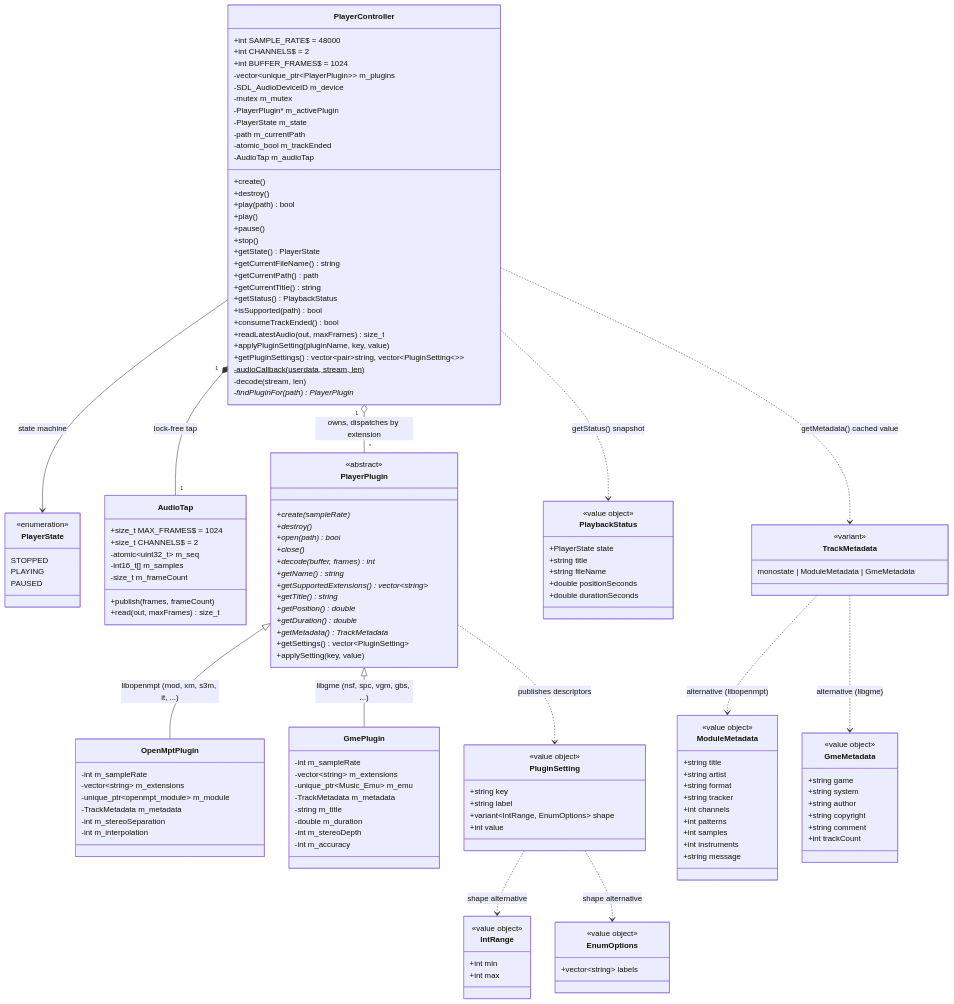
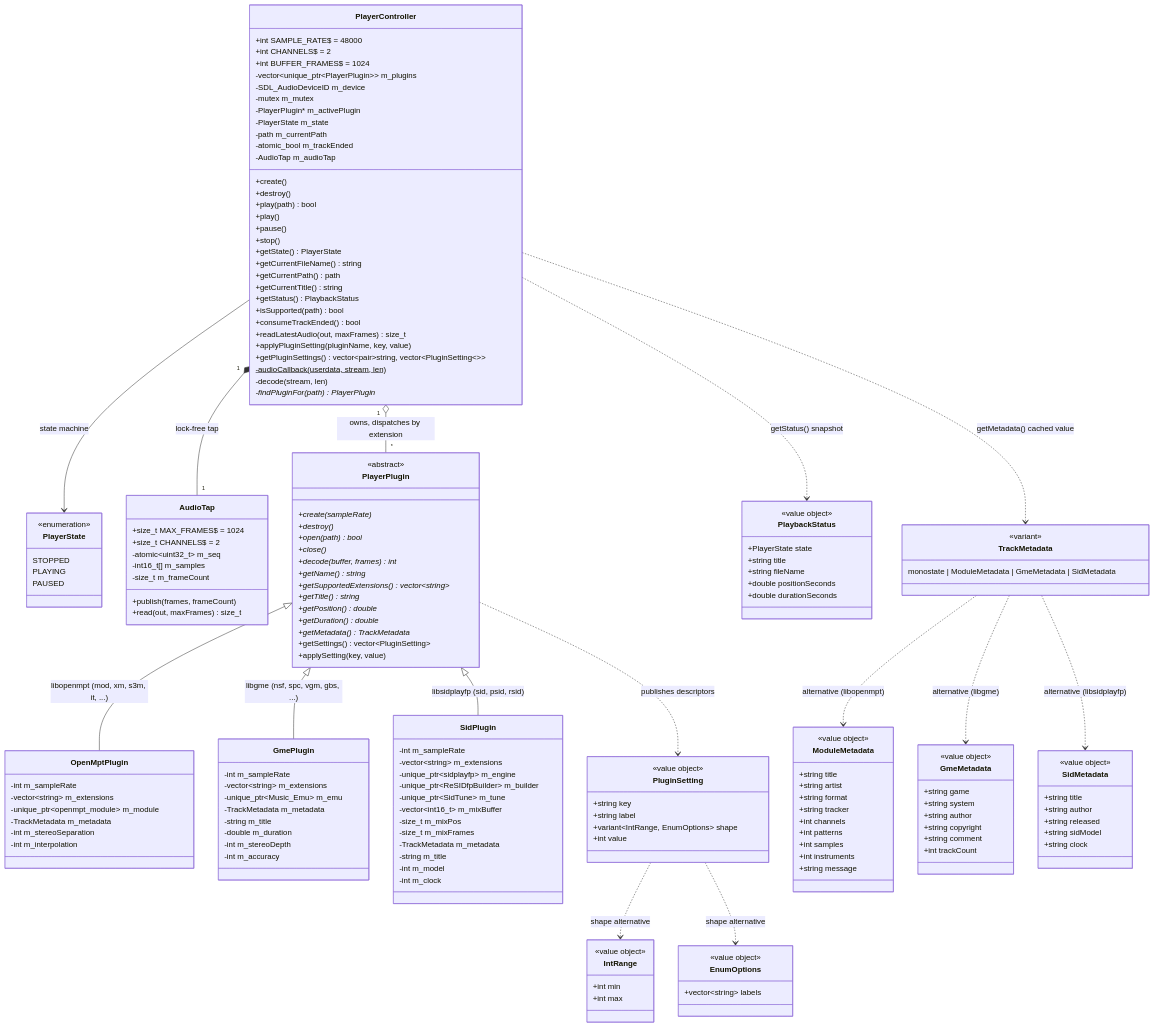
The diagram in docs/audio.md (notnotme/osp2), drawn with Mermaid before and after one commit. The commit also changed other lines of this file and 12 other files, not shown here.

```diff
--- a/docs/audio.md
+++ b/docs/audio.md
@@ -91,6 +91,21 @@
         -int m_accuracy
     }
 
+    class SidPlugin {
+        -int m_sampleRate
+        -vector~string~ m_extensions
+        -unique_ptr~sidplayfp~ m_engine
+        -unique_ptr~ReSIDfpBuilder~ m_builder
+        -unique_ptr~SidTune~ m_tune
+        -vector~int16_t~ m_mixBuffer
+        -size_t m_mixPos
+        -size_t m_mixFrames
+        -TrackMetadata m_metadata
+        -string m_title
+        -int m_model
+        -int m_clock
+    }
+
     class PluginSetting {
         <<value object>>
         +string key
@@ -142,9 +157,18 @@
         +int trackCount
     }
 
+    class SidMetadata {
+        <<value object>>
+        +string title
+        +string author
+        +string released
+        +string sidModel
+        +string clock
+    }
+
     class TrackMetadata {
         <<variant>>
-        monostate | ModuleMetadata | GmeMetadata
+        monostate | ModuleMetadata | GmeMetadata | SidMetadata
     }
 
     PlayerController --> PlayerState : state machine
@@ -154,8 +178,10 @@
     PlayerController "1" *-- "1" AudioTap : lock-free tap
     PlayerPlugin <|-- OpenMptPlugin : libopenmpt (mod, xm, s3m, it, ...)
     PlayerPlugin <|-- GmePlugin : libgme (nsf, spc, vgm, gbs, ...)
+    PlayerPlugin <|-- SidPlugin : libsidplayfp (sid, psid, rsid)
     TrackMetadata ..> ModuleMetadata : alternative (libopenmpt)
     TrackMetadata ..> GmeMetadata : alternative (libgme)
+    TrackMetadata ..> SidMetadata : alternative (libsidplayfp)
     PlayerPlugin ..> PluginSetting : publishes descriptors
     PluginSetting ..> IntRange : shape alternative
     PluginSetting ..> EnumOptions : shape alternative
```
